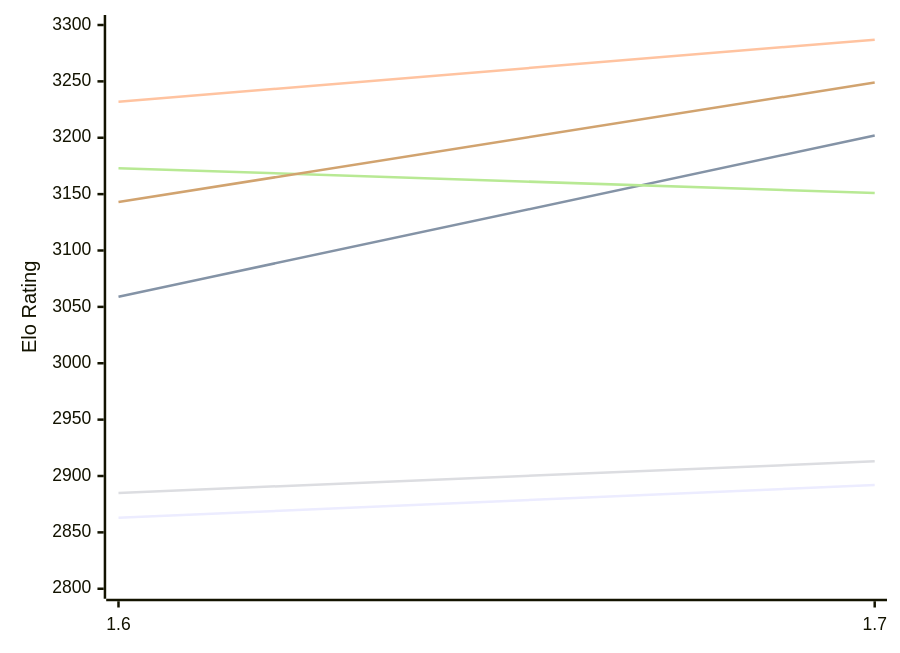
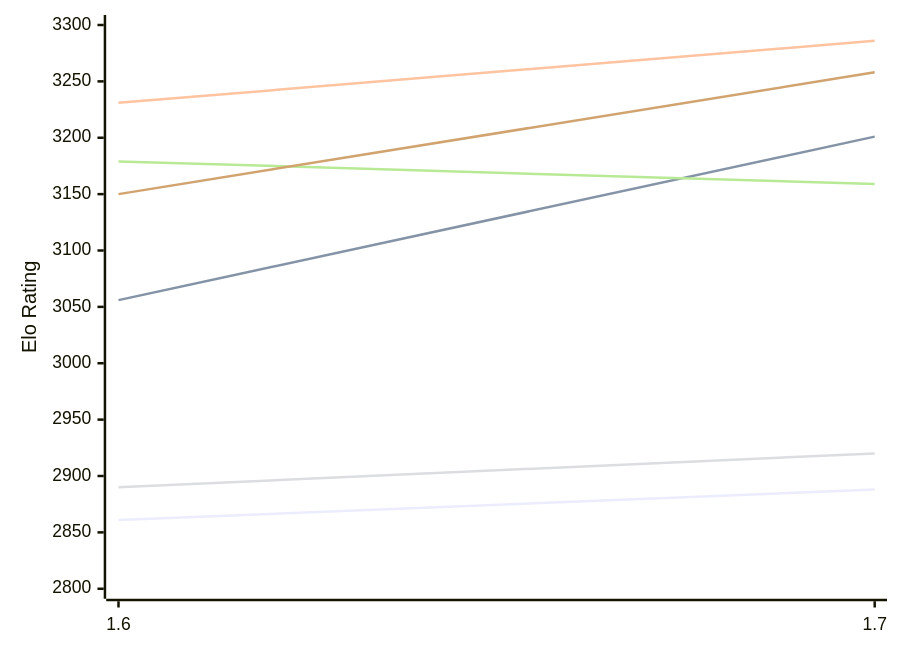
The first of 2 diagrams in engines/Bitbit.md (computer-chess-index/cci), drawn with Mermaid before and after one commit. The commit also changed other lines of this file, not shown here.

Commit message:
Update CCI Ratings (ELO VLTC) - 2026-11-23

````diff
--- a/engines/Bitbit.md
+++ b/engines/Bitbit.md
@@ -50,12 +50,12 @@
 ```mermaid
 %%{init: {"theme":"base","themeVariables":{"seriesColors:['#a3a3a3','#222221','#faa371']}}}%%
 xychart-beta
   x-axis ["1.6", "1.7"]
   y-axis "Elo Rating" 2800 --> 3300
-  line "E1: STC (8.0+0.08s)" [2863, 2892]
-  line "E1: LTC (60.0+0.60s)" [3059, 3202]
-  line "E1: VLTC (2m24s+1.12s)" [3232, 3287]
-  line "P1: STC (8.0+0.08s)" [2885, 2913]
-  line "P1: LTC (60.0+0.60s)" [3173, 3151]
-  line "P1: VLTC (2m24s+1.12s)" [3143, 3249]
+  line "E1: STC (8.0+0.08s)" [2861, 2888]
+  line "E1: LTC (60.0+0.60s)" [3056, 3201]
+  line "E1: VLTC (2m24s+1.12s)" [3231, 3286]
+  line "P1: STC (8.0+0.08s)" [2890, 2920]
+  line "P1: LTC (60.0+0.60s)" [3179, 3159]
+  line "P1: VLTC (2m24s+1.12s)" [3150, 3258]
 ```
````
